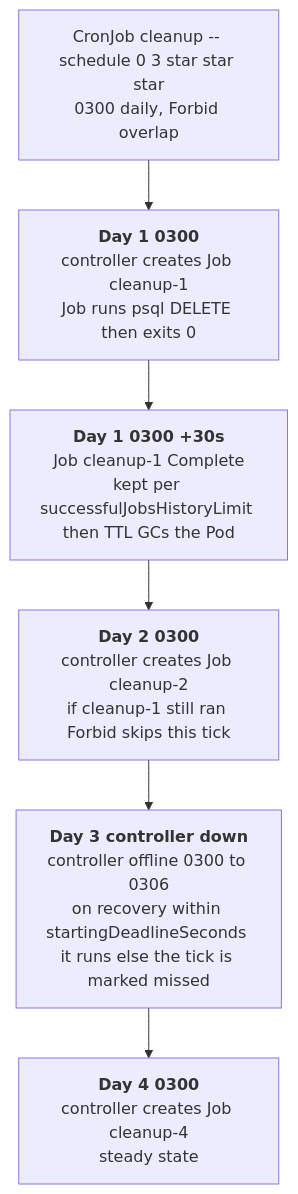
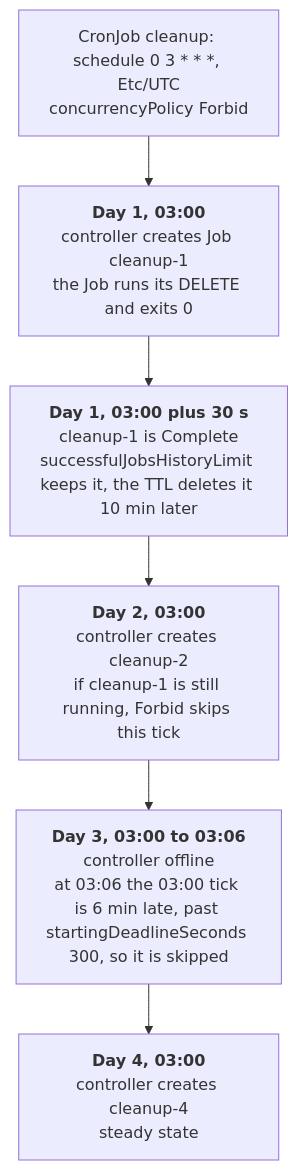
One commit to abd-ulbasit/bookstore-kubernetes-guide changed the second of 2 diagrams in full-guide/01-core-workloads/07-jobs-and-cronjobs.md. Above: the diagram before and after it, drawn with Mermaid. The commit also changed other lines of this file and 1 other file, not shown here.

First line of the commit message:
01.07: Jobs and CronJobs run as migrate-sa, bounded by TTL and Forbid

````diff
--- a/full-guide/01-core-workloads/07-jobs-and-cronjobs.md
+++ b/full-guide/01-core-workloads/07-jobs-and-cronjobs.md
@@ -75,10 +105,10 @@
 ```mermaid
 flowchart TD
-    T["CronJob cleanup -- schedule 0 3 star star star<br/>0300 daily, Forbid overlap"]
-    D1["<B>Day 1 0300</b><br/>controller creates Job cleanup-1<br/>Job runs psql DELETE then exits 0"]
-    D1b["<B>Day 1 0300 +30s</b><br/>Job cleanup-1 Complete<br/>kept per successfulJobsHistoryLimit then TTL GCs the Pod"]
-    D2["<B>Day 2 0300</b><br/>controller creates Job cleanup-2<br/>if cleanup-1 still ran Forbid skips this tick"]
-    D3["<B>Day 3 controller down</b><br/>controller offline 0300 to 0306<br/>on recovery within startingDeadlineSeconds it runs else the tick is marked missed"]
-    D4["<B>Day 4 0300</b><br/>controller creates Job cleanup-4<br/>steady state"]
+    T["CronJob cleanup: schedule 0 3 * * *, Etc/UTC<br/>concurrencyPolicy Forbid"]
+    D1["<b>Day 1, 03:00</b><br/>controller creates Job cleanup-1<br/>the Job runs its DELETE and exits 0"]
+    D1b["<b>Day 1, 03:00 plus 30 s</b><br/>cleanup-1 is Complete<br/>successfulJobsHistoryLimit keeps it, the TTL deletes it 10 min later"]
+    D2["<b>Day 2, 03:00</b><br/>controller creates cleanup-2<br/>if cleanup-1 is still running, Forbid skips this tick"]
+    D3["<b>Day 3, 03:00 to 03:06</b><br/>controller offline<br/>at 03:06 the 03:00 tick is 6 min late, past startingDeadlineSeconds 300, so it is skipped"]
+    D4["<b>Day 4, 03:00</b><br/>controller creates cleanup-4<br/>steady state"]
     T --> D1 --> D1b --> D2 --> D3 --> D4
 ```
````
